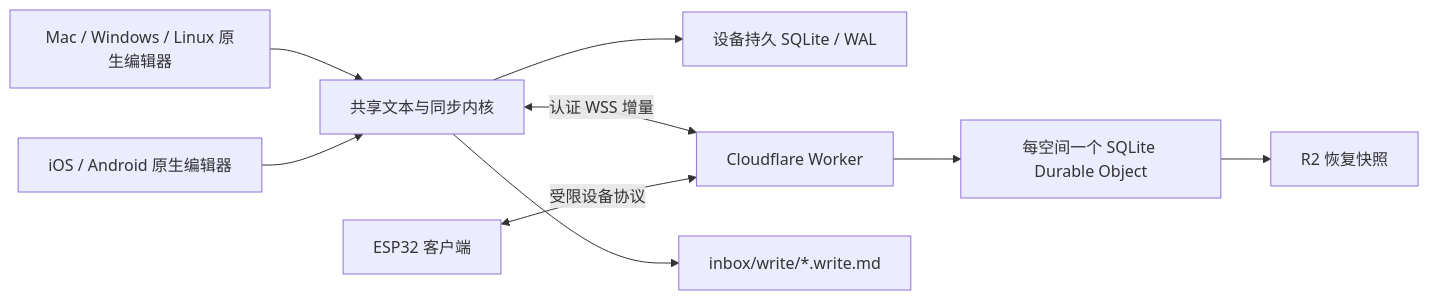
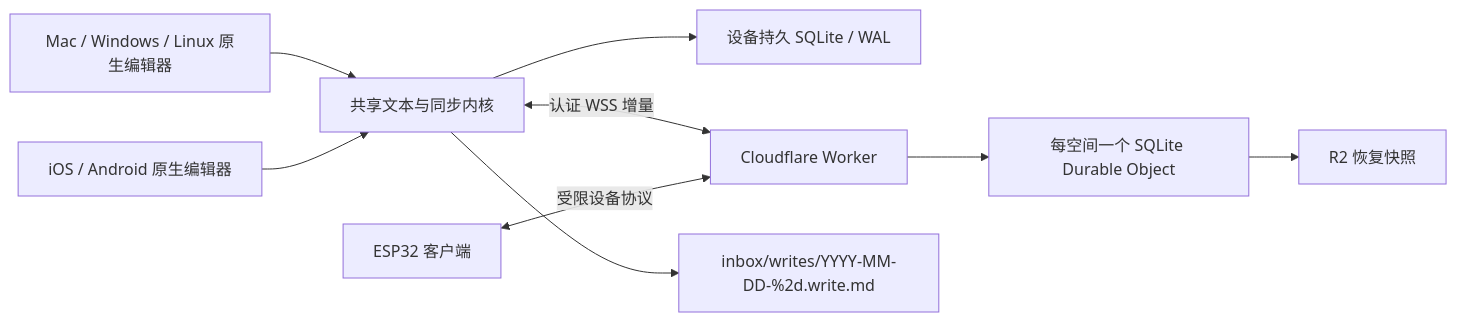
One commit to wizlijun/note.md changed the diagram in docs/superpowers/specs/2026-11-07-immersive-write-design.md. Above: the diagram before and after it, drawn with Mermaid. The commit also changed other lines of this file and 1 other file, not shown here.

Commit message:
docs: use dated sequence filenames for writing pages

````diff
--- a/docs/superpowers/specs/2026-11-07-immersive-write-design.md
+++ b/docs/superpowers/specs/2026-11-07-immersive-write-design.md
@@ -172,11 +172,11 @@
 ```mermaid
 flowchart LR
   M[Mac / Windows / Linux 原生编辑器] --> C[共享文本与同步内核]
   A[iOS / Android 原生编辑器] --> C
   C --> L[设备持久 SQLite / WAL]
   C <-->|认证 WSS 增量| W[Cloudflare Worker]
   W --> D[每空间一个 SQLite Durable Object]
   D --> R[R2 恢复快照]
-  C --> V[inbox/write/*.write.md]
+  C --> V["inbox/writes/YYYY-MM-DD-%2d.write.md"]
   E[ESP32 客户端] <-->|受限设备协议| W
 ```
````
